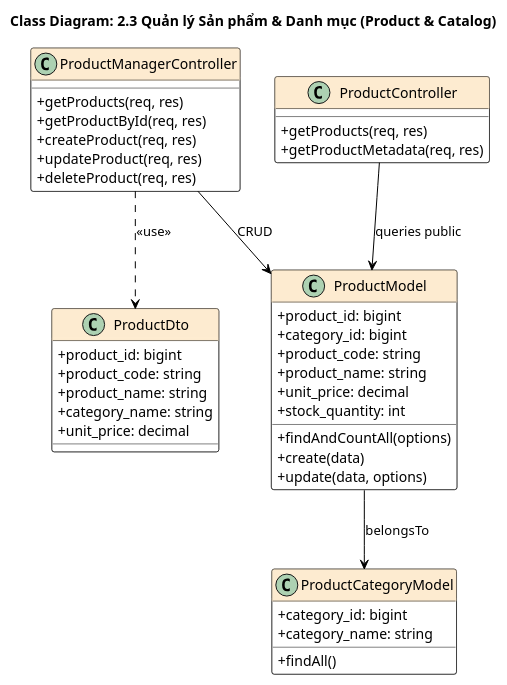
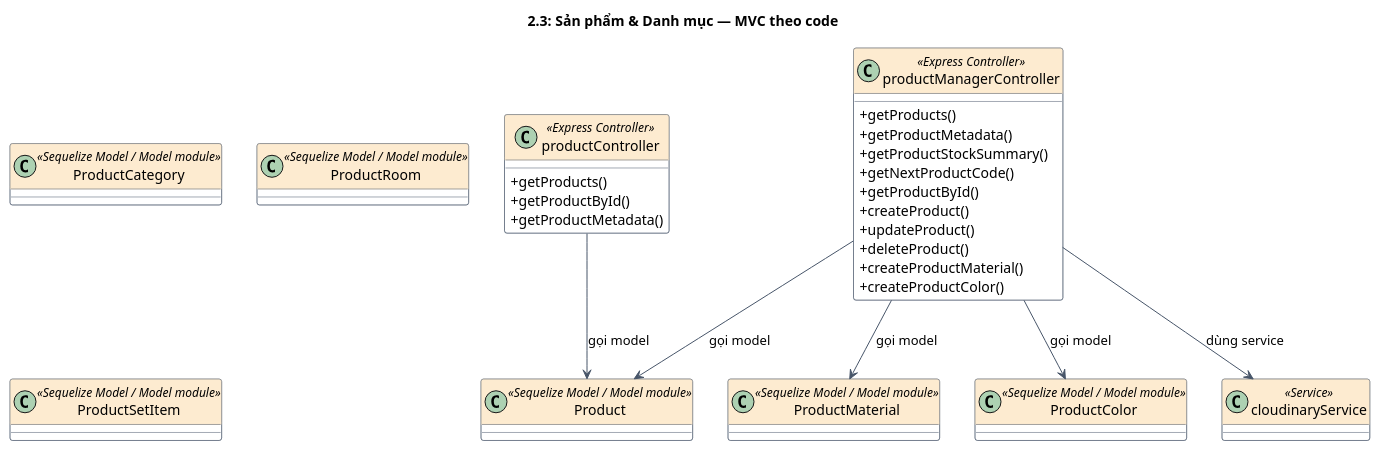
The third of 14 diagrams in docs/classdiagrams.md (chuoois/FS-SIMS), drawn with PlantUML before and after one commit. The commit also changed other lines of this file and 8 other files, not shown here.

````diff
--- a/docs/classdiagrams.md
+++ b/docs/classdiagrams.md
@@ -133,56 +92,50 @@
 ```plantuml
 @startuml
 skinparam classAttributeIconSize 0
 skinparam class {
-    BackgroundColor White
-    BorderColor Black
-    ArrowColor Black
-    HeaderBackgroundColor #FDEBD0
+  BackgroundColor White
+  BorderColor #475569
+  ArrowColor #475569
+  HeaderBackgroundColor #FDEBD0
 }
-title Class Diagram: 2.3 Quản lý Sản phẩm & Danh mục (Product & Catalog)
+title 2.3: Sản phẩm & Danh mục — MVC theo code
 
-class ProductManagerController {
-  +getProducts(req, res)
-  +getProductById(req, res)
-  +createProduct(req, res)
-  +updateProduct(req, res)
-  +deleteProduct(req, res)
+class productController <<Express Controller>> {
+  +getProducts()
+  +getProductById()
+  +getProductMetadata()
 }
 
-class ProductController {
-  +getProducts(req, res)
-  +getProductMetadata(req, res)
+class productManagerController <<Express Controller>> {
+  +getProducts()
+  +getProductMetadata()
+  +getProductStockSummary()
+  +getNextProductCode()
+  +getProductById()
+  +createProduct()
+  +updateProduct()
+  +deleteProduct()
+  +createProductMaterial()
+  +createProductColor()
 }
 
-class ProductModel {
-  +product_id: bigint
-  +category_id: bigint
-  +product_code: string
-  +product_name: string
-  +unit_price: decimal
-  +stock_quantity: int
-  +findAndCountAll(options)
-  +create(data)
-  +update(data, options)
-}
+class Product <<Sequelize Model / Model module>>
 
-class ProductCategoryModel {
-  +category_id: bigint
-  +category_name: string
-  +findAll()
-}
+class ProductCategory <<Sequelize Model / Model module>>
 
-class ProductDto {
-  +product_id: bigint
-  +product_code: string
-  +product_name: string
-  +category_name: string
-  +unit_price: decimal
-}
+class ProductRoom <<Sequelize Model / Model module>>
 
-ProductManagerController --> ProductModel : CRUD
-ProductController --> ProductModel : queries public
-ProductModel --> ProductCategoryModel : belongsTo
-ProductManagerController ..> ProductDto : <<use>>
+class ProductMaterial <<Sequelize Model / Model module>>
+
+class ProductColor <<Sequelize Model / Model module>>
+
+class ProductSetItem <<Sequelize Model / Model module>>
+
+class cloudinaryService <<Service>>
+productController --> Product : gọi model
+productManagerController --> Product : gọi model
+productManagerController --> ProductMaterial : gọi model
+productManagerController --> ProductColor : gọi model
+productManagerController --> cloudinaryService : dùng service
 @enduml
 ```
````
